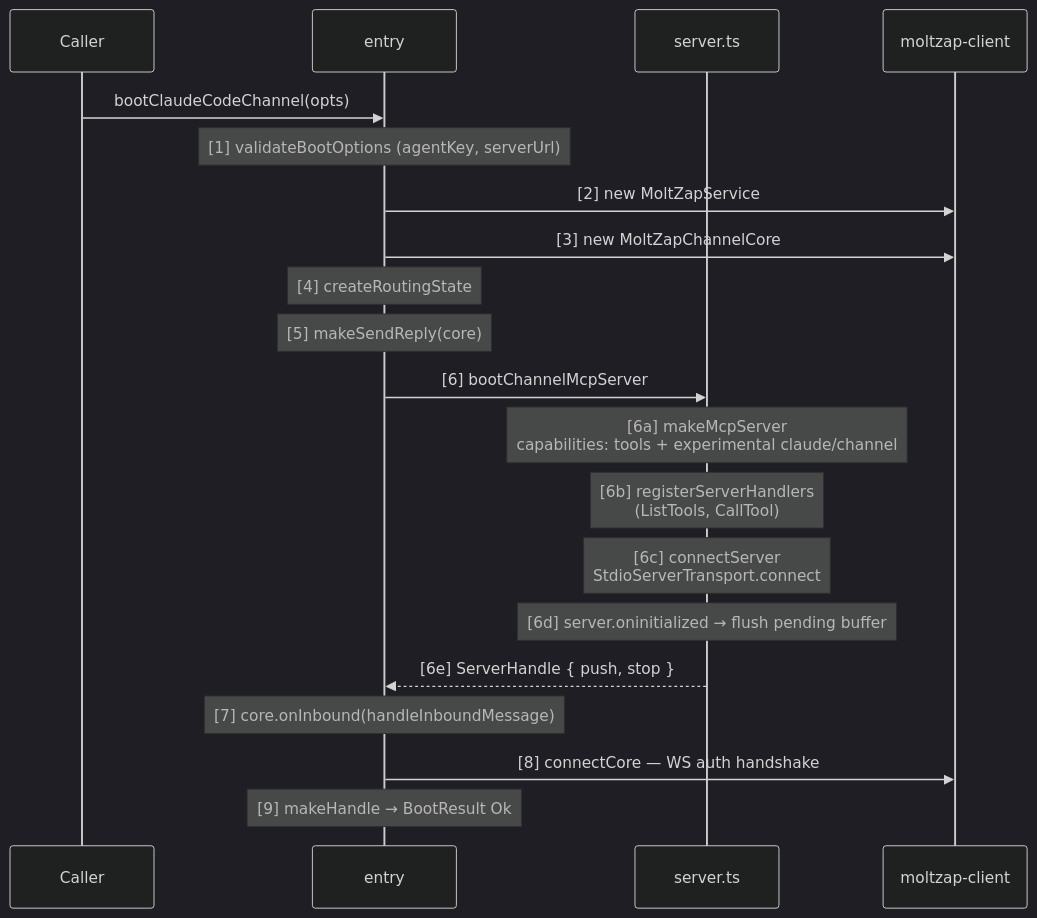
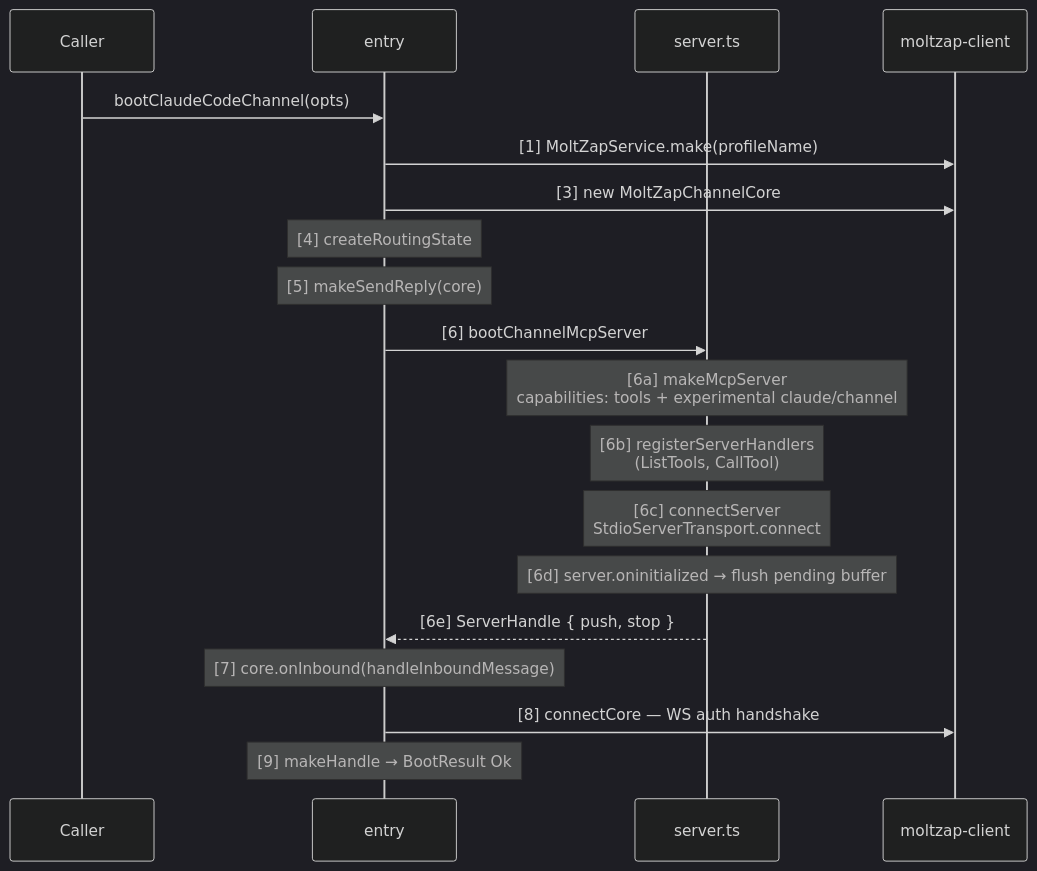
The first of 2 diagrams in docs/modules/claude-code-channel/src.mdx (chughtapan/moltzap), drawn with Mermaid (dark theme) before and after one commit. The commit also changed other lines of this file and 527 other files, not shown here.

````diff
--- a/docs/modules/claude-code-channel/src.mdx
+++ b/docs/modules/claude-code-channel/src.mdx
@@ -45,22 +45,21 @@
 ```mermaid
 sequenceDiagram
   participant Caller
   participant entry
   participant server as server.ts
   participant client as moltzap-client
   Caller->>entry: bootClaudeCodeChannel(opts)
-  note over entry: [1] validateBootOptions (agentKey, serverUrl)
-  entry->>client: [2] new MoltZapService
+  entry->>client: [1] MoltZapService.make(profileName)
   entry->>client: [3] new MoltZapChannelCore
   note over entry: [4] createRoutingState
   note over entry: [5] makeSendReply(core)
   entry->>server: [6] bootChannelMcpServer
   note over server: [6a] makeMcpServer<br>capabilities: tools + experimental claude/channel
   note over server: [6b] registerServerHandlers<br>(ListTools, CallTool)
   note over server: [6c] connectServer<br>StdioServerTransport.connect
   note over server: [6d] server.oninitialized → flush pending buffer
   server-->>entry: [6e] ServerHandle { push, stop }
   note over entry: [7] core.onInbound(handleInboundMessage)
   entry->>client: [8] connectCore — WS auth handshake
   note over entry: [9] makeHandle → BootResult Ok
 ```
````
